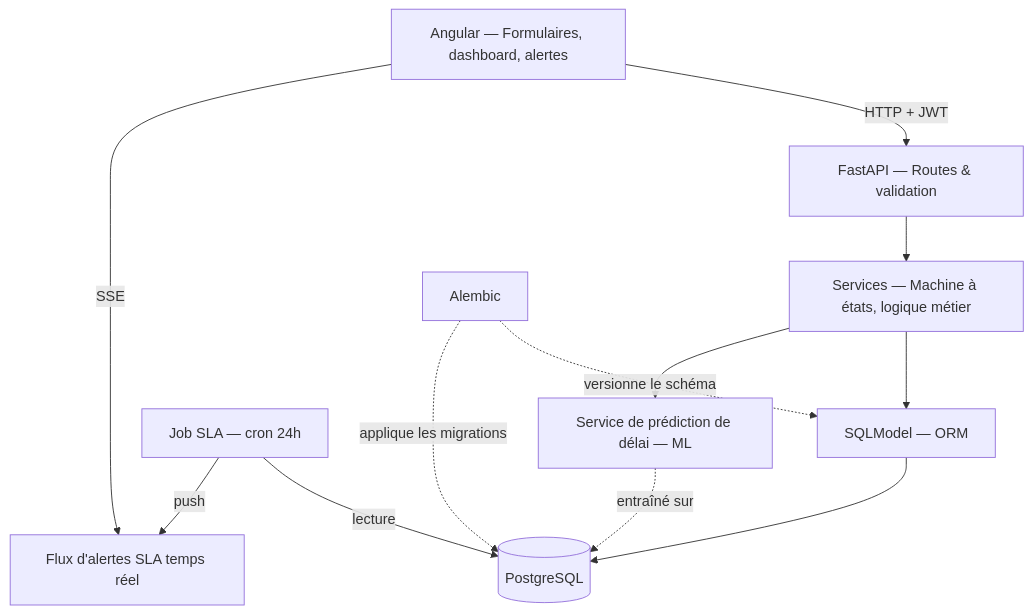
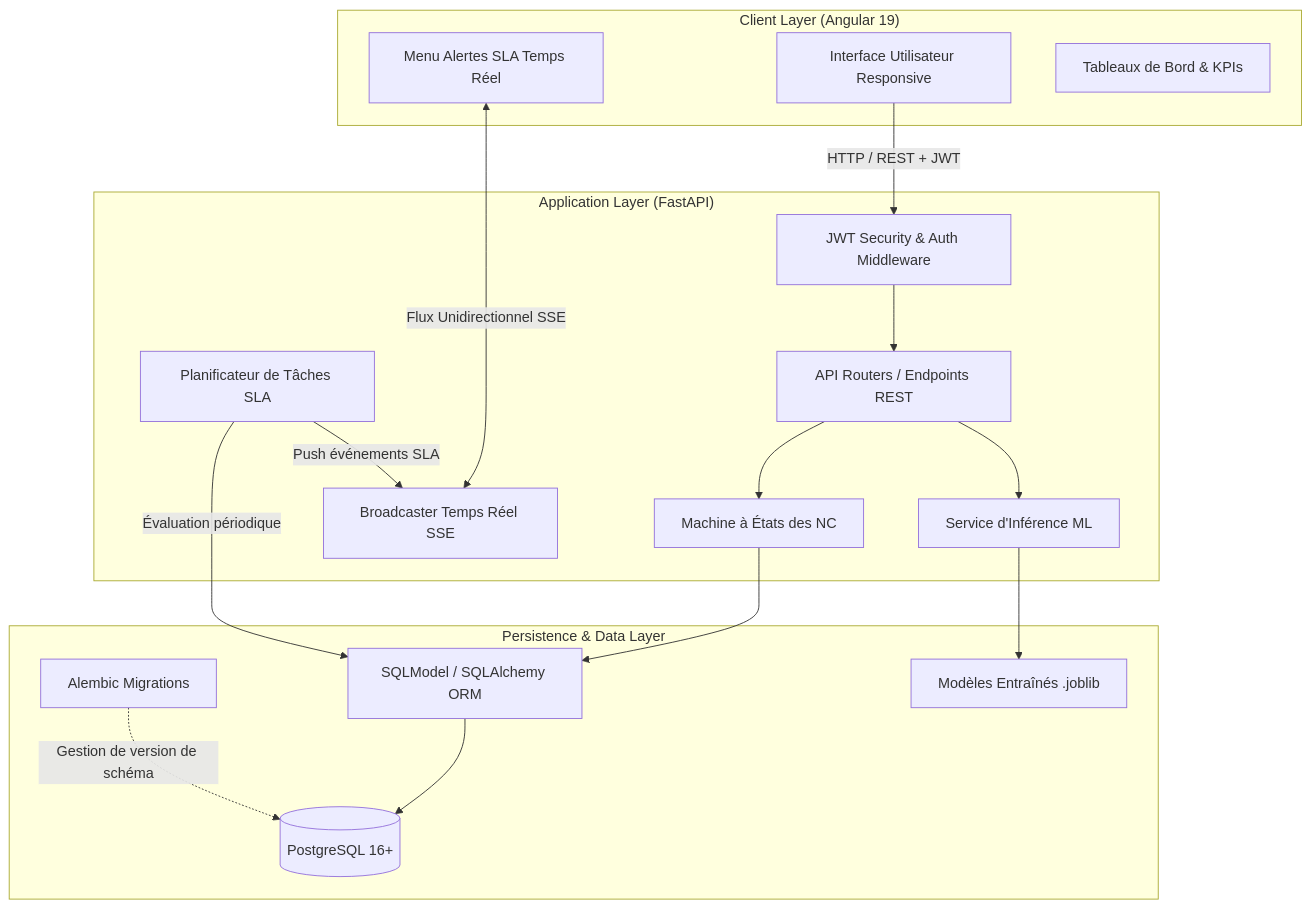
The first of 3 diagrams in README.md (bdraja09/nexus-quality-tracker), drawn with Mermaid before and after one commit. The commit also changed other lines of this file and 5 other files, not shown here.

````diff
--- a/README.md
+++ b/README.md
@@ -65,14 +80,36 @@
 ```mermaid
 graph TD
-    A[Angular — Formulaires, dashboard, alertes] -->|HTTP + JWT| B[FastAPI — Routes & validation]
-    A -->|SSE| I[Flux d'alertes SLA temps réel]
-    B --> C[Services — Machine à états, logique métier]
-    C --> D[SQLModel — ORM]
-    D --> E[(PostgreSQL)]
-    F[Alembic] -.versionne le schéma.-> D
-    F -.applique les migrations.-> E
-    G[Job SLA — cron 24h] -->|lecture| E
-    G -->|push| I
-    C --> J[Service de prédiction de délai — ML]
-    J -.entraîné sur.-> E
+    subgraph Frontend ["Client Layer (Angular 19)"]
+        UI[Interface Utilisateur Responsive]
+        SLA_UI[Menu Alertes SLA Temps Réel]
+        DASH[Tableaux de Bord & KPIs]
+    end
+
+    subgraph Backend ["Application Layer (FastAPI)"]
+        AUTH[JWT Security & Auth Middleware]
+        ROUTERS[API Routers / Endpoints REST]
+        FSM[Machine à États des NC]
+        BROADCAST[Broadcaster Temps Réel SSE]
+        SCHED[Planificateur de Tâches SLA]
+        ML_SERV[Service d'Inférence ML]
+    end
+
+    subgraph Storage ["Persistence & Data Layer"]
+        ORM[SQLModel / SQLAlchemy ORM]
+        MIGR[Alembic Migrations]
+        PG[(PostgreSQL 16+)]
+        MODEL_STORE[Modèles Entraînés .joblib]
+    end
+
+    UI -->|HTTP / REST + JWT| AUTH
+    SLA_UI <-->|Flux Unidirectionnel SSE| BROADCAST
+    AUTH --> ROUTERS
+    ROUTERS --> FSM
+    FSM --> ORM
+    SCHED -->|Évaluation périodique| ORM
+    SCHED -->|Push événements SLA| BROADCAST
+    ROUTERS --> ML_SERV
+    ML_SERV --> MODEL_STORE
+    ORM --> PG
+    MIGR -.->|Gestion de version de schéma| PG
 ```
````
